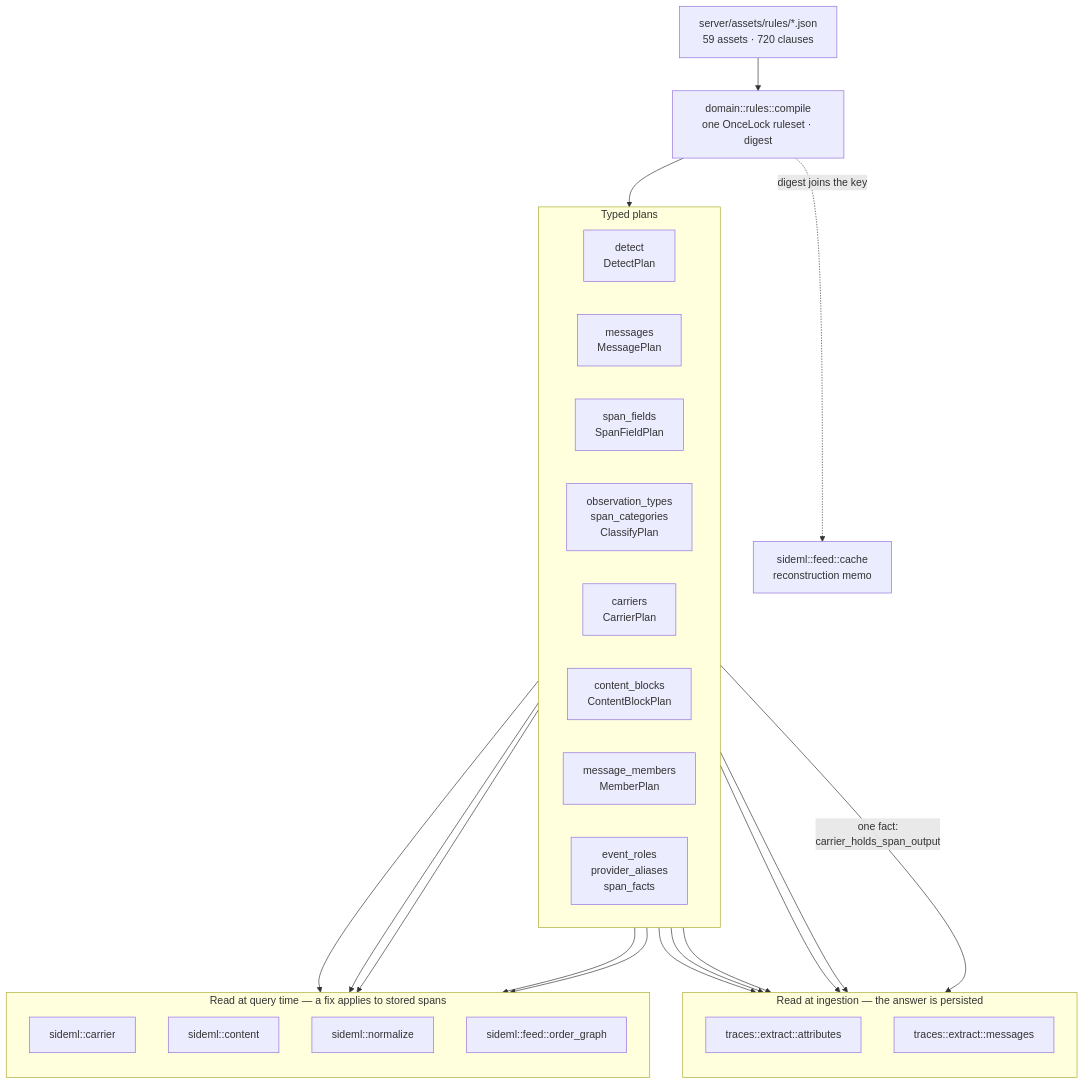
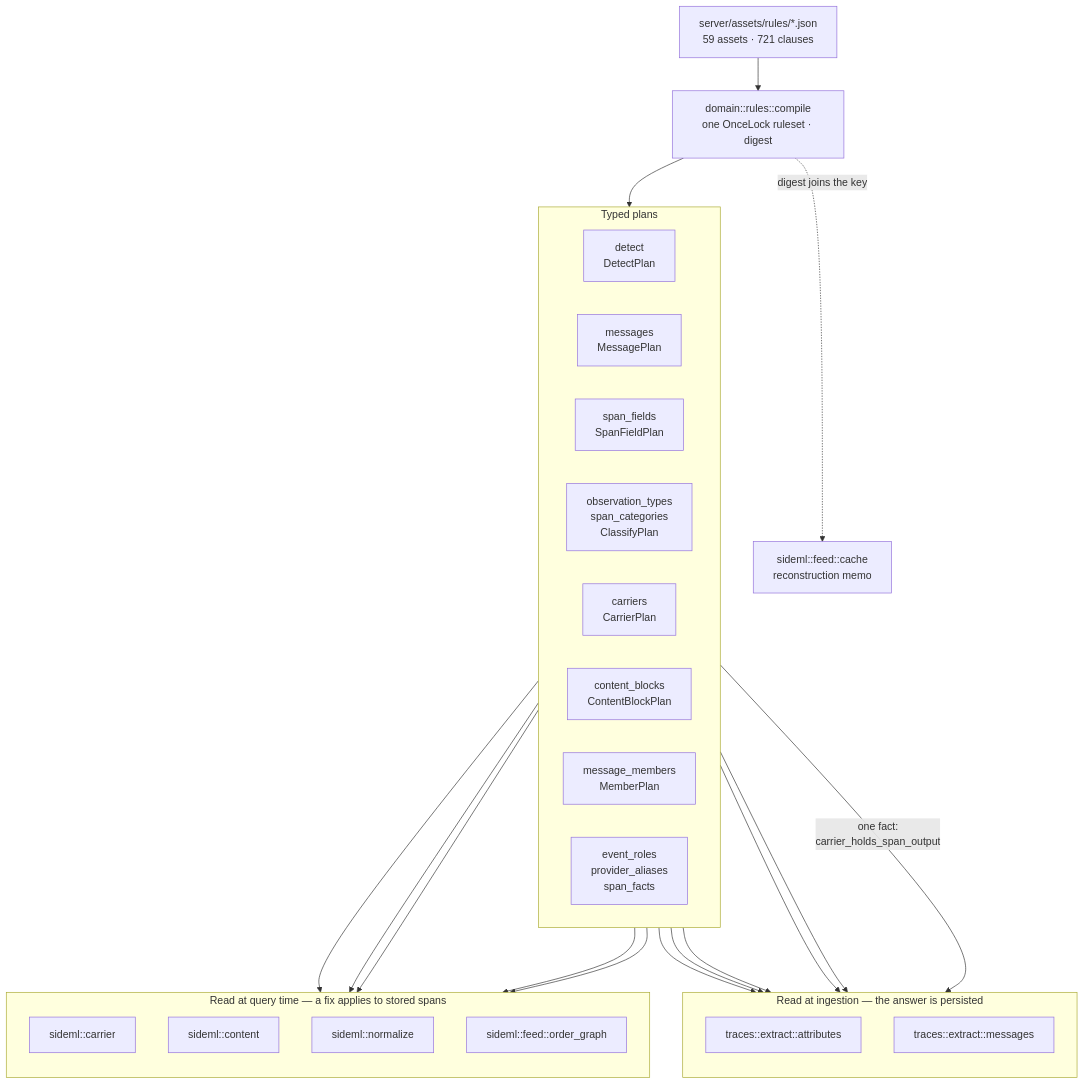
The first of 7 diagrams in docs/engineering/architecture-diagrams.md (sideseat/sideseat), drawn with Mermaid before and after one commit. The commit also changed 227 other files, not shown here.

````diff
--- a/docs/engineering/architecture-diagrams.md
+++ b/docs/engineering/architecture-diagrams.md
@@ -18,47 +18,47 @@
 ```mermaid
 flowchart TB
-    assets["server/assets/rules/*.json<br/>59 assets · 720 clauses"]
+    assets["server/assets/rules/*.json<br/>59 assets · 721 clauses"]
     compile["domain::rules::compile<br/>one OnceLock ruleset · digest"]
     assets --> compile
 
     subgraph plans["Typed plans"]
         direction LR
         detect["detect<br/>DetectPlan"]
         messages["messages<br/>MessagePlan"]
         fields["span_fields<br/>SpanFieldPlan"]
         classify["observation_types<br/>span_categories<br/>ClassifyPlan"]
         carriers["carriers<br/>CarrierPlan"]
         blocks["content_blocks<br/>ContentBlockPlan"]
         members["message_members<br/>MemberPlan"]
         roles["event_roles<br/>provider_aliases<br/>span_facts"]
     end
     compile --> plans
 
     subgraph ingest["Read at ingestion — the answer is persisted"]
         direction TB
         attrs["traces::extract::attributes"]
         msgs["traces::extract::messages"]
     end
 
     subgraph query["Read at query time — a fix applies to stored spans"]
         direction TB
         carrier["sideml::carrier"]
         content["sideml::content"]
         normalize["sideml::normalize"]
         order["sideml::feed::order_graph"]
     end
 
     detect --> attrs
     fields --> attrs
     classify --> attrs
     roles --> attrs
     messages --> msgs
     carriers -->|"one fact:<br/>carrier_holds_span_output"| msgs
     carriers --> carrier
     carriers --> order
     blocks --> content
     members --> content
     roles --> normalize
 
     compile -. "digest joins the key" .-> cache["sideml::feed::cache<br/>reconstruction memo"]
 ```
````
